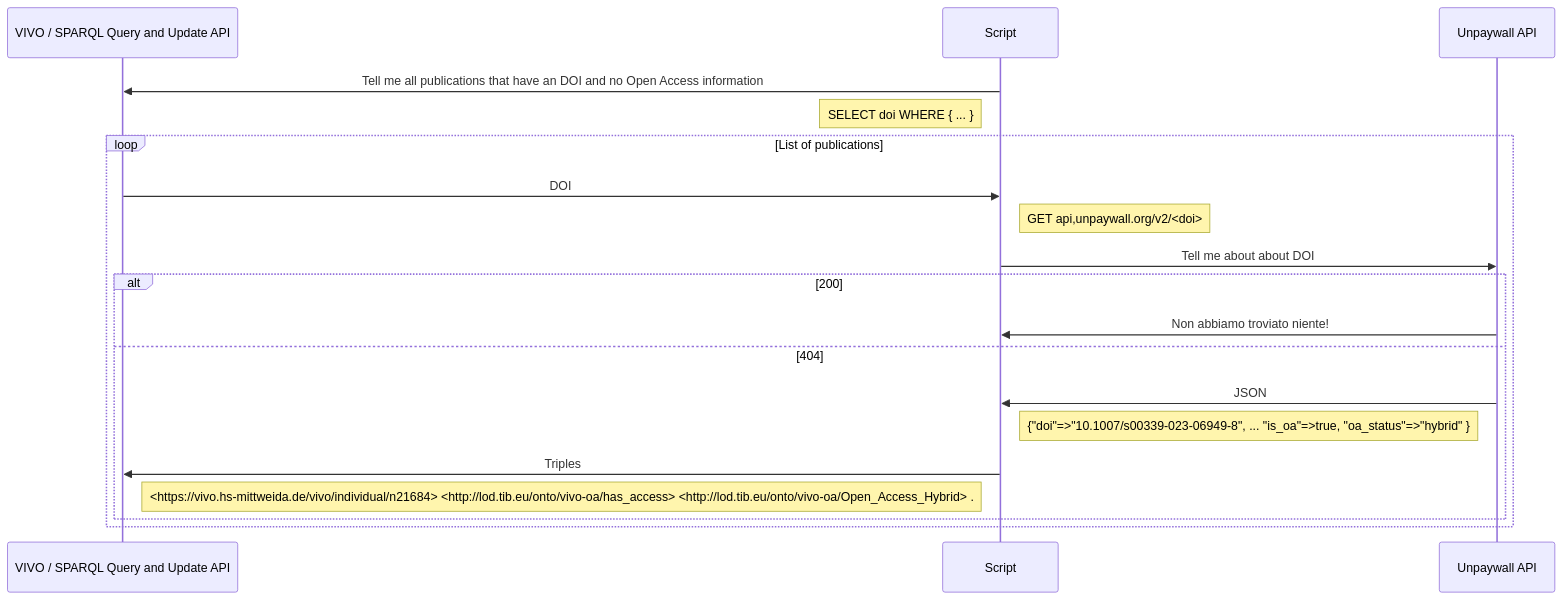
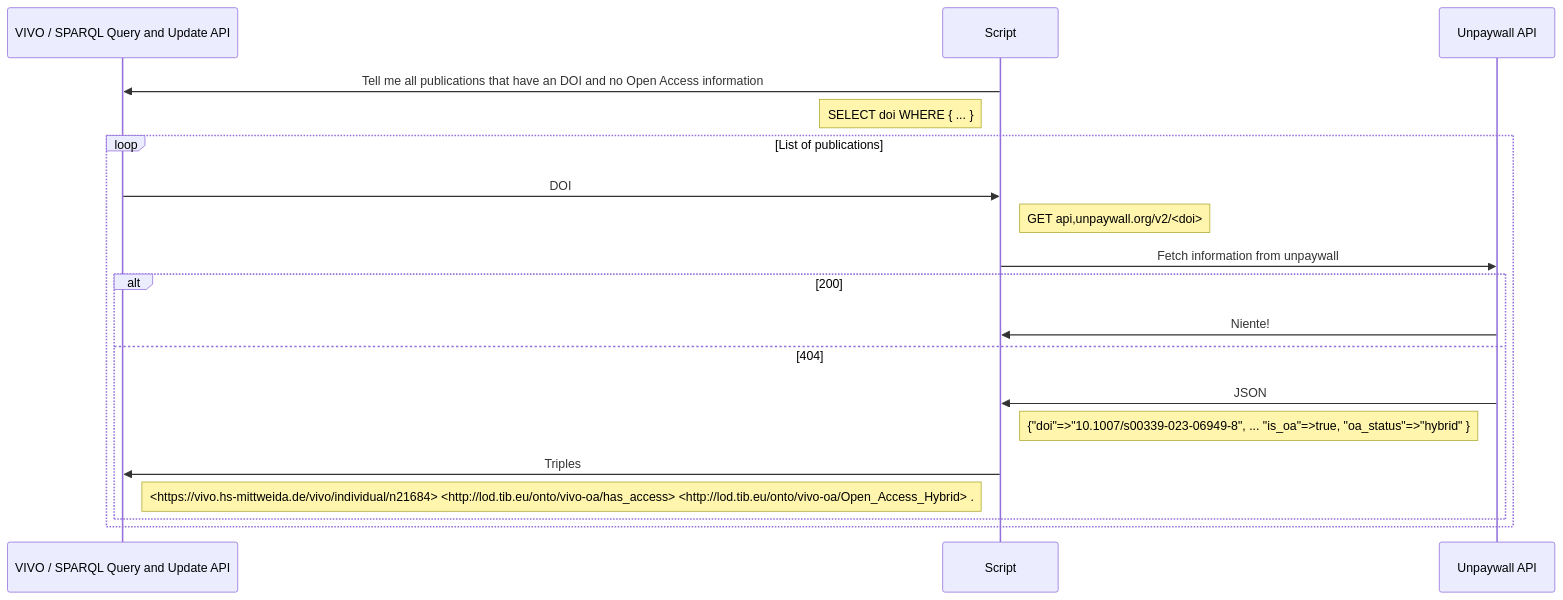
The diagram in unpaywall-poc.md (matthiasluehr/VIVO-HSMW), drawn with Mermaid before and after one commit.

````diff
--- a/unpaywall-poc.md
+++ b/unpaywall-poc.md
@@ -1,27 +1,27 @@
 ```mermaid
 sequenceDiagram
     participant A as VIVO / SPARQL Query and Update API
     participant B as Script
     participant C as Unpaywall API
 
 
     B->>A: Tell me all publications that have an DOI and no Open Access information
     note left of B: SELECT doi WHERE { ... } 
 
     loop List of publications
         A->>B: DOI
 
         note right of B: GET api,unpaywall.org/v2/<doi>
-        B->>C: Tell me about about DOI
+        B->>C: Fetch information from unpaywall
 
         alt 200
-            C->>B: Non abbiamo troviato niente!
+            C->>B: Niente!
         else 404
             C->>B: JSON 
             note right of B:  {"doi"=>"10.1007/s00339-023-06949-8", ... "is_oa"=>true, "oa_status"=>"hybrid" }
             B->>A: Triples
             note left of B:  <https://vivo.hs-mittweida.de/vivo/individual/n21684> <http://lod.tib.eu/onto/vivo-oa/has_access>  <http://lod.tib.eu/onto/vivo-oa/Open_Access_Hybrid> .
         end
     end
 
 ```
````
